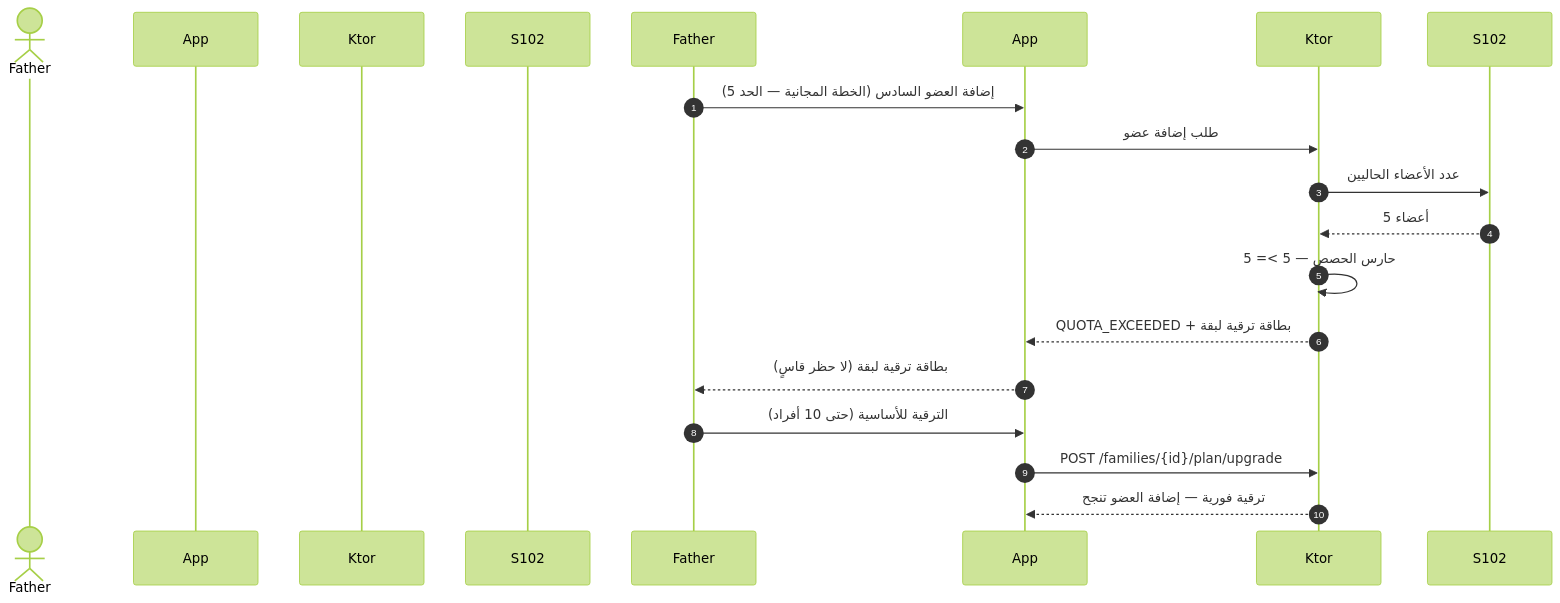
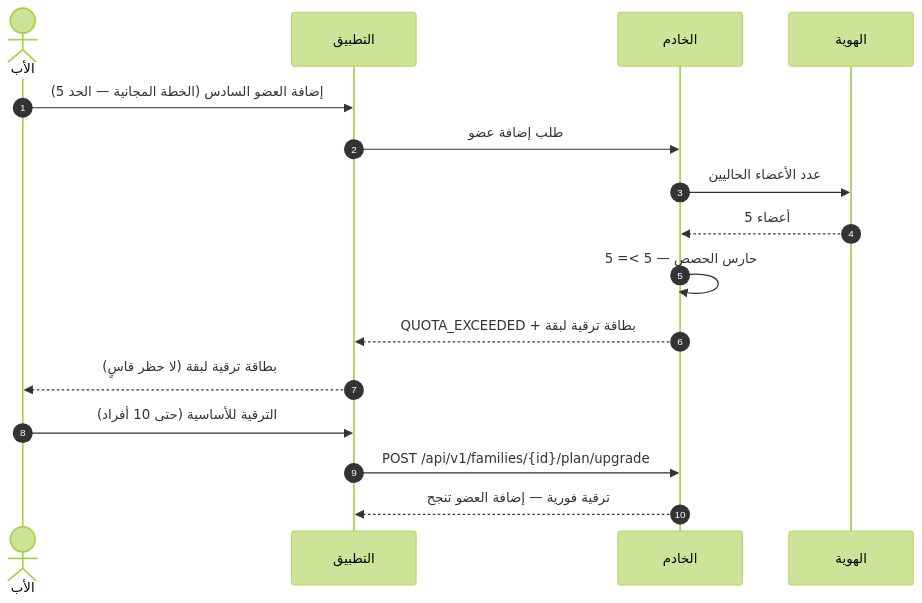
The seventh of 10 diagrams in docs/family-os/governance/phases/phase-1/S1-04-plans-and-subscriptions/DIAGRAMS.md (Bassam-mohammed-alqaeadi/family-os-v2), drawn with Mermaid (forest theme) before and after one commit. The commit also changed other lines of this file and 10 other files, not shown here.

Commit message:
إغلاق المراجعة الشاملة R1–R5 (Q-196…Q-231) — المخططات DIAGRAMS + خريطة السياق (2/4)

````diff
--- a/docs/family-os/governance/phases/phase-1/S1-04-plans-and-subscriptions/DIAGRAMS.md
+++ b/docs/family-os/governance/phases/phase-1/S1-04-plans-and-subscriptions/DIAGRAMS.md
@@ -288,18 +288,18 @@
 ```mermaid
 sequenceDiagram
     autonumber
-    actor الأب as Father
-    participant التطبيق as App
-    participant الخادم as Ktor
-    participant الهوية as S102
+    actor Father as الأب
+    participant App as التطبيق
+    participant Ktor as الخادم
+    participant S102 as الهوية
     Father->>App: إضافة العضو السادس (الخطة المجانية — الحد 5)
     App->>Ktor: طلب إضافة عضو
     Ktor->>S102: عدد الأعضاء الحاليين
     S102-->>Ktor: 5 أعضاء
     Ktor->>Ktor: حارس الحصص — 5 >= 5
     Ktor-->>App: QUOTA_EXCEEDED + بطاقة ترقية لبقة
     App-->>Father: بطاقة ترقية لبقة (لا حظر قاسٍ)
     Father->>App: الترقية للأساسية (حتى 10 أفراد)
-    App->>Ktor: POST /families/{id}/plan/upgrade
+    App->>Ktor: POST /api/v1/families/{id}/plan/upgrade
     Ktor-->>App: ترقية فورية — إضافة العضو تنجح
 ```
````
